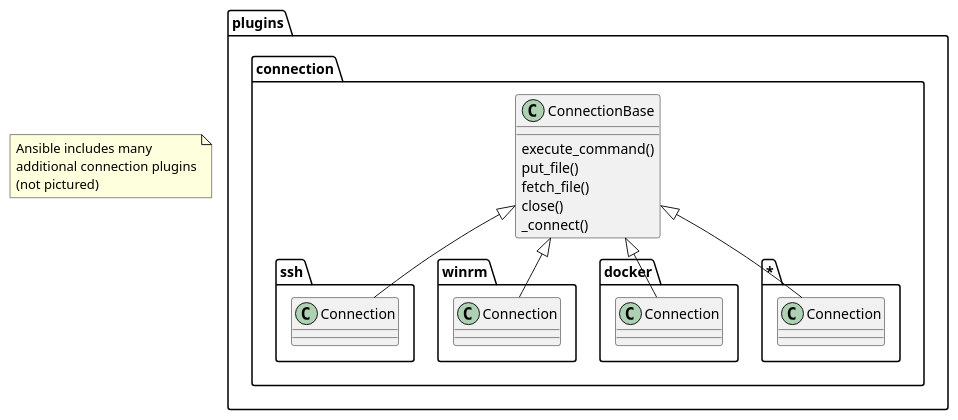
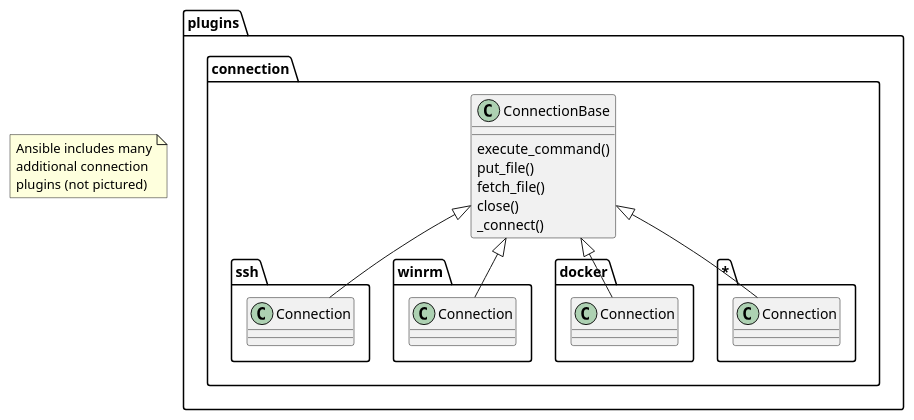
The diagram in project/uml/ConnectionClass.puml (ezequiels/nazz), drawn with PlantUML before and after one commit. The commit also changed 2 other files, not shown here.

Commit message:
Strategy diagrams

```diff
--- a/project/uml/ConnectionClass.puml
+++ b/project/uml/ConnectionClass.puml
@@ -1,18 +1,18 @@
 @startuml
 
 package plugins.connection {
 	ConnectionBase <|-- ssh.Connection
 	ConnectionBase <|-- winrm.Connection
 	ConnectionBase <|-- docker.Connection
 	ConnectionBase <|-- "*.Connection"
 }
 
 ConnectionBase : execute_command()
 ConnectionBase : put_file()
 ConnectionBase : fetch_file()
 ConnectionBase : close()
 ConnectionBase : _connect()
 
-note "Ansible includes many\nadditional connection plugins\n(not pictured)" as N1
+note "Ansible includes many\nadditional connection\nplugins (not pictured)" as N1
 
 @enduml
```
